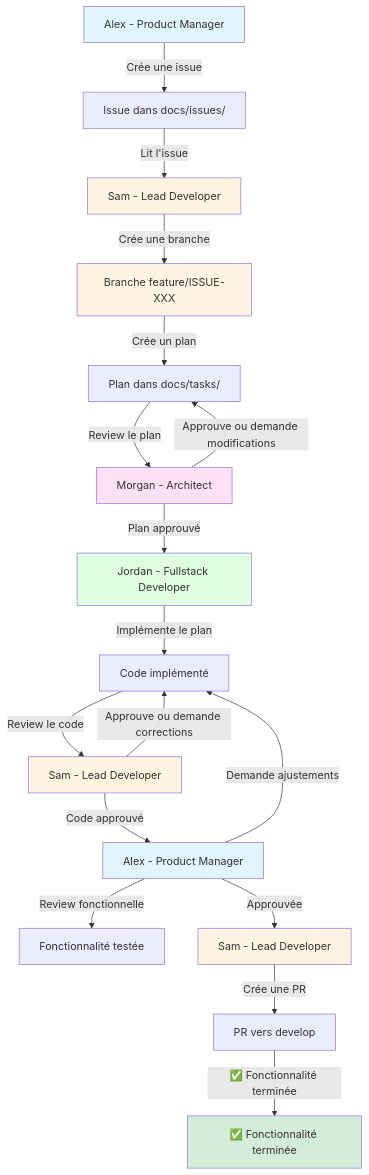
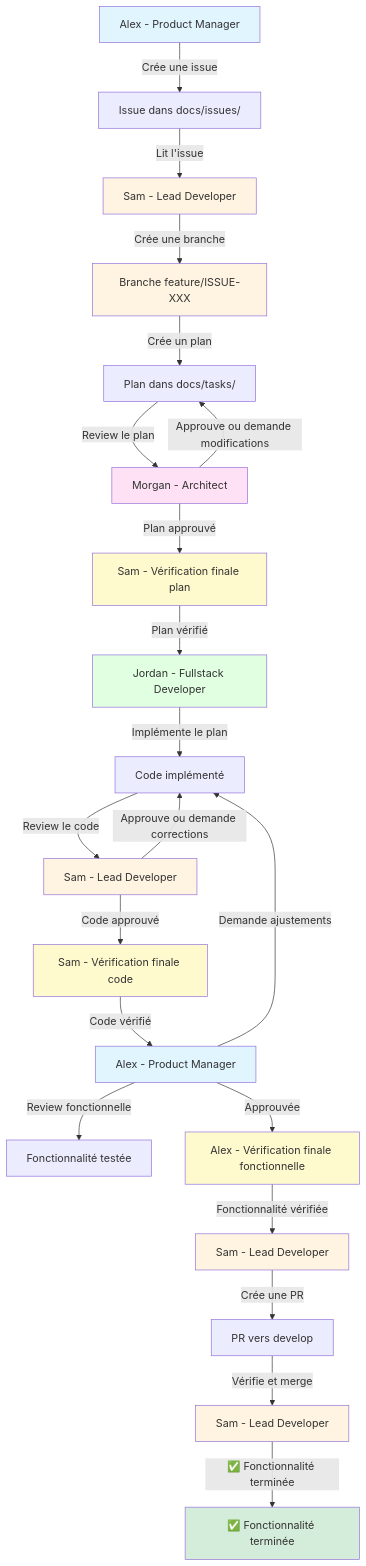
The diagram in WORKFLOW.md (PiLep/space-xplorer), drawn with Mermaid before and after one commit. The commit also changed other lines of this file, not shown here.

Commit message:
Update workflow documentation to include detailed tracking processes, final verification steps, and merge procedures. Enhance clarity on agent responsibilities and ensure comprehensive tracking of issues and tasks throughout the development lifecycle.

````diff
--- a/WORKFLOW.md
+++ b/WORKFLOW.md
@@ -9,29 +9,37 @@
 ```mermaid
 graph TD
     A[Alex - Product Manager] -->|Crée une issue| B[Issue dans docs/issues/]
     B -->|Lit l'issue| C[Sam - Lead Developer]
     C -->|Crée une branche| C1[Branche feature/ISSUE-XXX]
     C1 -->|Crée un plan| D[Plan dans docs/tasks/]
     D -->|Review le plan| E[Morgan - Architect]
     E -->|Approuve ou demande modifications| D
-    E -->|Plan approuvé| F[Jordan - Fullstack Developer]
+    E -->|Plan approuvé| V1[Sam - Vérification finale plan]
+    V1 -->|Plan vérifié| F[Jordan - Fullstack Developer]
     F -->|Implémente le plan| G[Code implémenté]
     G -->|Review le code| H[Sam - Lead Developer]
     H -->|Approuve ou demande corrections| G
-    H -->|Code approuvé| I[Alex - Product Manager]
+    H -->|Code approuvé| V2[Sam - Vérification finale code]
+    V2 -->|Code vérifié| I[Alex - Product Manager]
     I -->|Review fonctionnelle| J[Fonctionnalité testée]
     I -->|Demande ajustements| G
-    I -->|Approuvée| K[Sam - Lead Developer]
+    I -->|Approuvée| V3[Alex - Vérification finale fonctionnelle]
+    V3 -->|Fonctionnalité vérifiée| K[Sam - Lead Developer]
     K -->|Crée une PR| L[PR vers develop]
-    L -->|✅ Fonctionnalité terminée| M[✅ Fonctionnalité terminée]
+    L -->|Vérifie et merge| M[Sam - Lead Developer]
+    M -->|✅ Fonctionnalité terminée| N[✅ Fonctionnalité terminée]
     
     style A fill:#e1f5ff
     style C fill:#fff4e1
     style C1 fill:#fff4e1
     style E fill:#ffe1f5
+    style V1 fill:#fffacd
     style F fill:#e1ffe1
     style H fill:#fff4e1
+    style V2 fill:#fffacd
     style I fill:#e1f5ff
+    style V3 fill:#fffacd
     style K fill:#fff4e1
-    style M fill:#d4edda
+    style M fill:#fff4e1
+    style N fill:#d4edda
 ```
````
